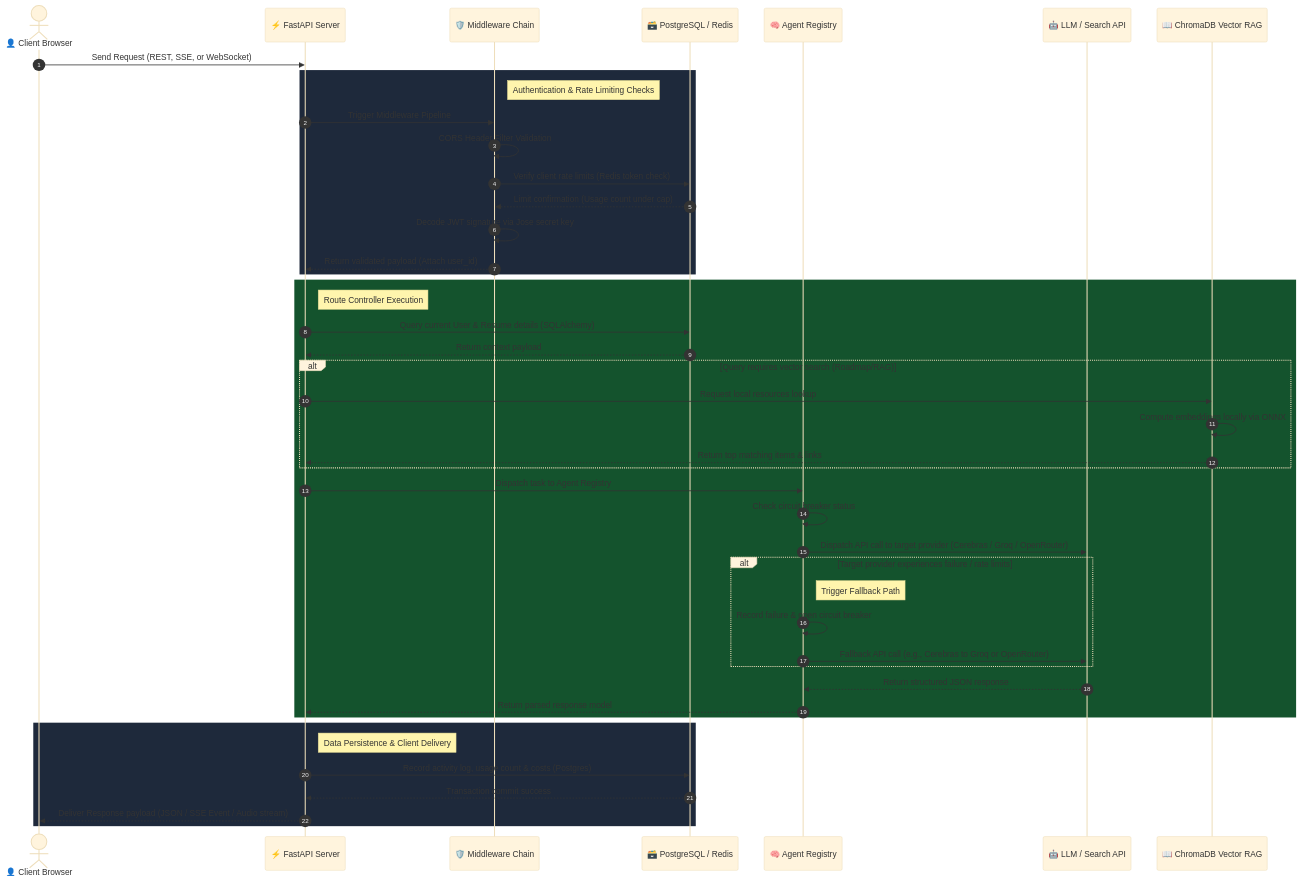
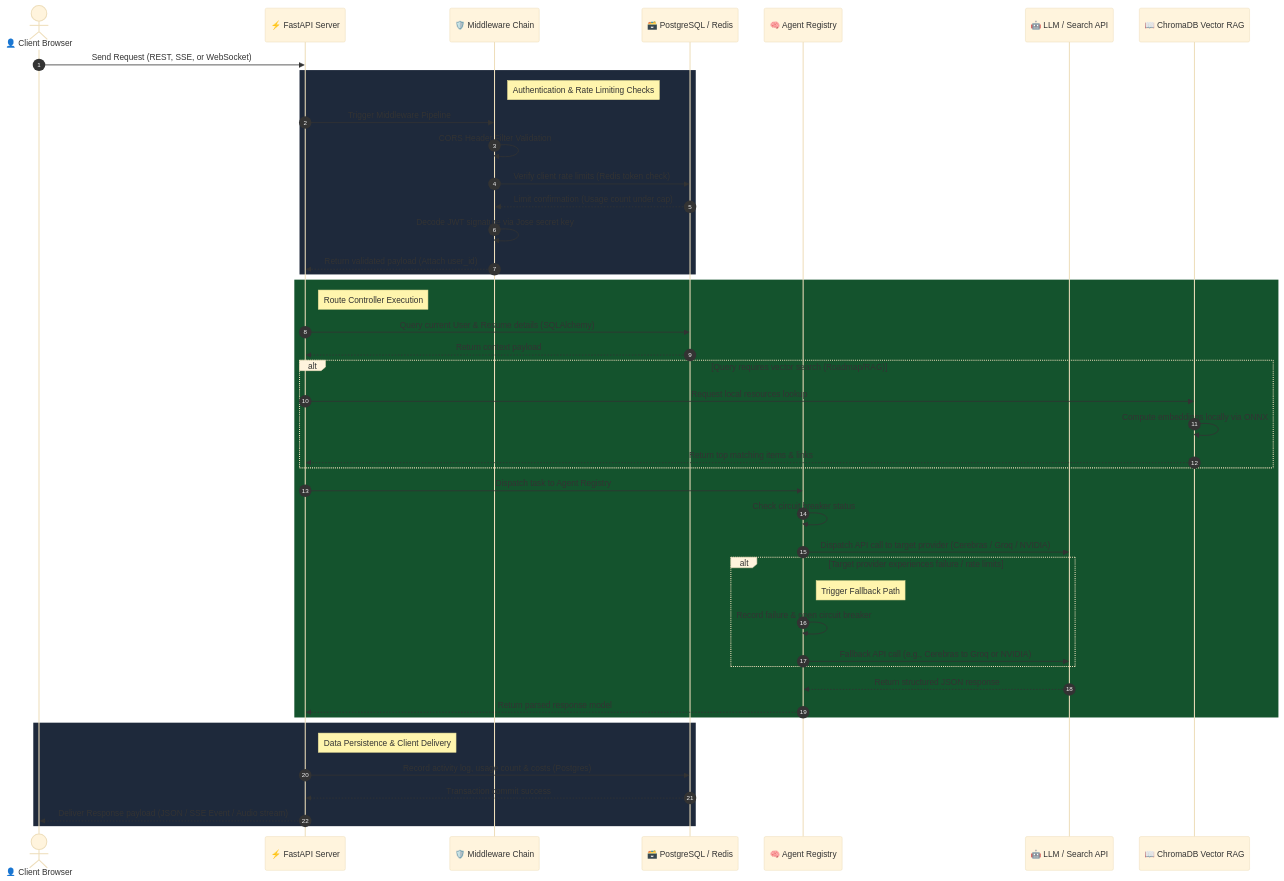
One commit to Anil-Pradhan-web/ai-career-mentor changed the third of 33 diagrams in documentation/ARCHITECTURE.md. Above: the diagram before and after it, drawn with Mermaid (base theme). The commit also changed other lines of this file and 5 other files, not shown here.

````diff
--- a/documentation/ARCHITECTURE.md
+++ b/documentation/ARCHITECTURE.md
@@ -141,55 +140,55 @@
 ```mermaid
 sequenceDiagram
     autonumber
     actor User as 👤 Client Browser
     participant Gateway as ⚡ FastAPI Server
     participant Middleware as 🛡️ Middleware Chain
     participant Database as 🗃️ PostgreSQL / Redis
     participant Registry as 🧠 Agent Registry
     participant LLM as 🤖 LLM / Search API
     participant RAG as 📖 ChromaDB Vector RAG
 
     User->>Gateway: Send Request (REST, SSE, or WebSocket)
     
     rect rgb(30, 41, 59)
         note right of Middleware: Authentication & Rate Limiting Checks
         Gateway->>Middleware: Trigger Middleware Pipeline
         Middleware->>Middleware: CORS Header Filter Validation
         Middleware->>Database: Verify client rate limits (Redis token check)
         Database-->>Middleware: Limit confirmation (Usage count under cap)
         Middleware->>Middleware: Decode JWT signature via Jose secret key
         Middleware-->>Gateway: Return validated payload (Attach user_id)
     end
 
     rect rgb(20, 83, 45)
         note right of Gateway: Route Controller Execution
         Gateway->>Database: Query current User & Resume details (SQLAlchemy)
         Database-->>Gateway: Return context payload
         
         alt Query requires vector search (Roadmap/RAG)
             Gateway->>RAG: Request local resources lookup
             RAG->>RAG: Compute embeddings locally via ONNX
             RAG-->>Gateway: Return top matching items & links
         end
 
         Gateway->>Registry: Dispatch task to Agent Registry
         Registry->>Registry: Check circuit breaker status
-        Registry->>LLM: Dispatch API call to target provider (Cerebras / Groq / OpenRouter)
+        Registry->>LLM: Dispatch API call to target provider (Cerebras / Groq / NVIDIA)
         
         alt Target provider experiences failure / rate limits
             note right of Registry: Trigger Fallback Path
             Registry->>Registry: Record failure & open circuit breaker
-            Registry->>LLM: Fallback API call (e.g., Cerebras to Groq or OpenRouter)
+            Registry->>LLM: Fallback API call (e.g., Cerebras to Groq or NVIDIA)
         end
         
         LLM-->>Registry: Return structured JSON response
         Registry-->>Gateway: Return parsed response model
     end
 
     rect rgb(30, 41, 59)
         note right of Gateway: Data Persistence & Client Delivery
         Gateway->>Database: Record activity log, usage count & costs (Postgres)
         Database-->>Gateway: Transaction commit success
         Gateway-->>User: Deliver Response payload (JSON / SSE Event / Audio stream)
     end
 ```
````
